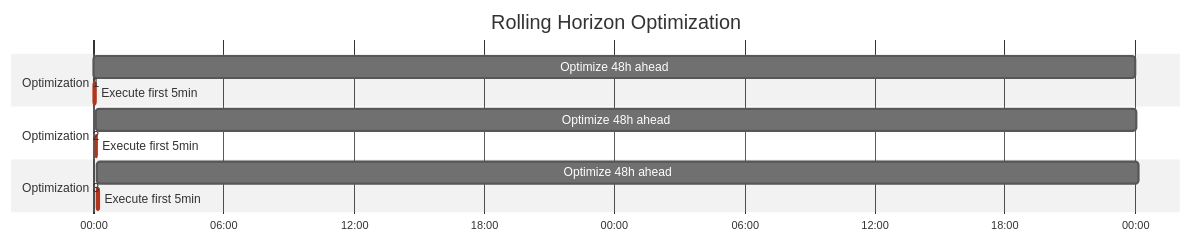
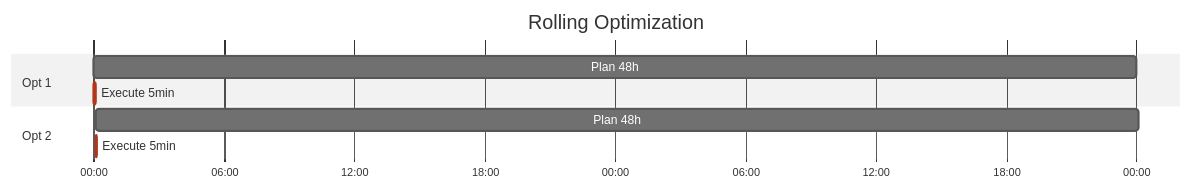
The diagram in docs/modeling/time-horizons.md (hass-energy/haeo), drawn with Mermaid (neutral theme) before and after one commit. The commit also changed other lines of this file and 8 other files, not shown here.

````diff
--- a/docs/modeling/time-horizons.md
+++ b/docs/modeling/time-horizons.md
@@ -92,18 +21,14 @@
 ```mermaid
 gantt
-    title Rolling Horizon Optimization
+    title Rolling Optimization
     dateFormat HH:mm
     axisFormat %H:%M
-
-    section Optimization 1
-    Optimize 48h ahead: 00:00, 48h
-    Execute first 5min: crit, 00:00, 5m
-
-    section Optimization 2
-    Optimize 48h ahead: 00:05, 48h
-    Execute first 5min: crit, 00:05, 5m
-
-    section Optimization 3
-    Optimize 48h ahead: 00:10, 48h
-    Execute first 5min: crit, 00:10, 5m
+    
+    section Opt 1
+    Plan 48h: 00:00, 48h
+    Execute 5min: crit, 00:00, 5m
+    
+    section Opt 2
+    Plan 48h: 00:05, 48h
+    Execute 5min: crit, 00:05, 5m
 ```
````
